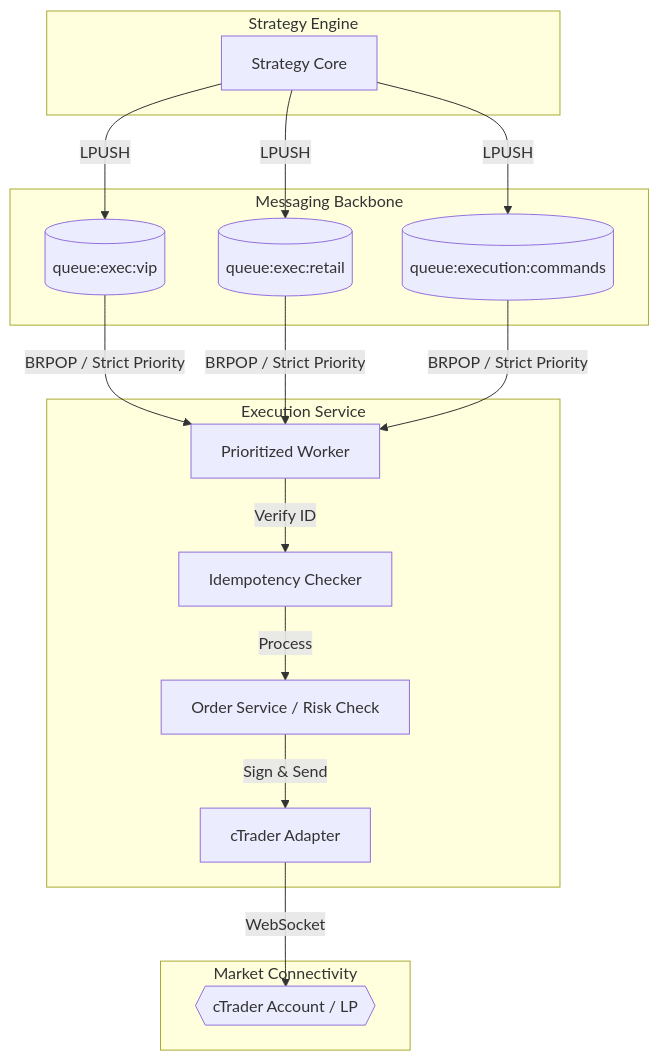
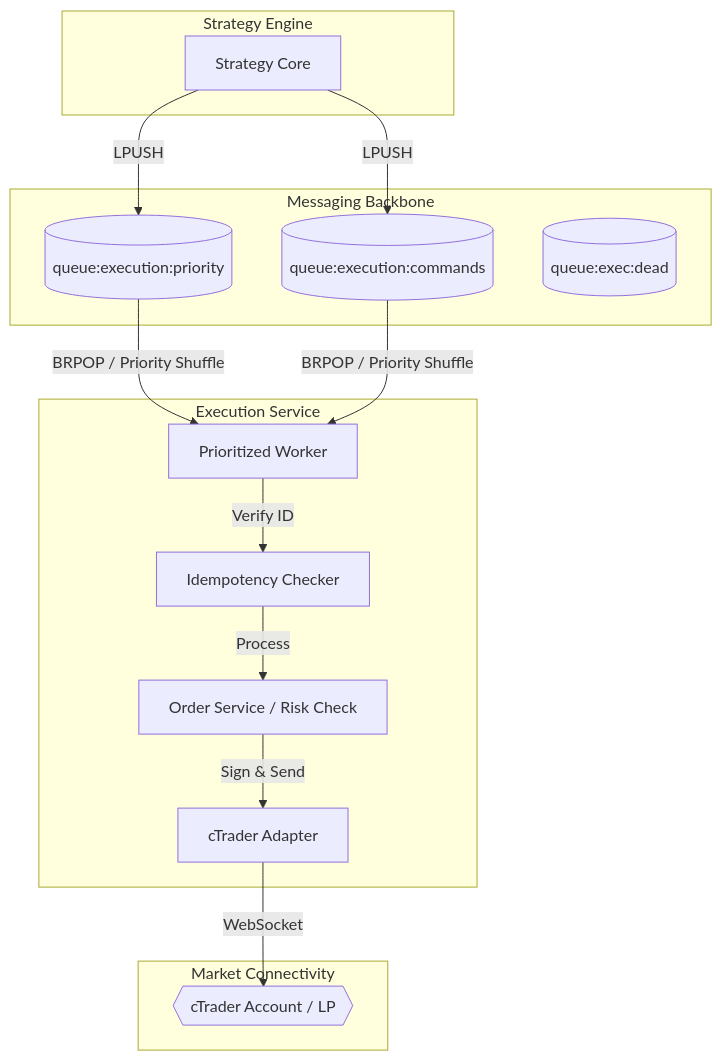
The diagram in services/execution/README.md (damrongsak/mtf-trading-system), drawn with Mermaid before and after one commit. The commit also changed other lines of this file and 63 other files, not shown here.

````diff
--- a/services/execution/README.md
+++ b/services/execution/README.md
@@ -9,31 +9,31 @@
 ```mermaid
 graph TD
     subgraph StrategyLayer["Strategy Engine"]
         SC[Strategy Core]
     end
 
     subgraph Messaging["Messaging Backbone"]
-        VIP[(queue:exec:vip)]
-        RETAIL[(queue:exec:retail)]
-        CORE[(queue:execution:commands)]
+        PRIO[(queue:execution:priority)]
+        CMD[(queue:execution:commands)]
+        DLQ[(queue:exec:dead)]
     end
 
     subgraph Service["Execution Service"]
         WORKER[Prioritized Worker]
         IDEM[Idempotency Checker]
         ORDS[Order Service / Risk Check]
         ADAPT[cTrader Adapter]
     end
 
     subgraph Broker["Market Connectivity"]
         CT{{cTrader Account / LP}}
     end
 
     %% Flow
-    SC -->|LPUSH| VIP & RETAIL & CORE
-    VIP & RETAIL & CORE -->|BRPOP / Strict Priority| WORKER
+    SC -->|LPUSH| PRIO & CMD
+    PRIO & CMD -->|BRPOP / Priority Shuffle| WORKER
     WORKER -->|Verify ID| IDEM
     IDEM -->|Process| ORDS
     ORDS -->|Sign & Send| ADAPT
     ADAPT -->|WebSocket| CT
 ```
````
